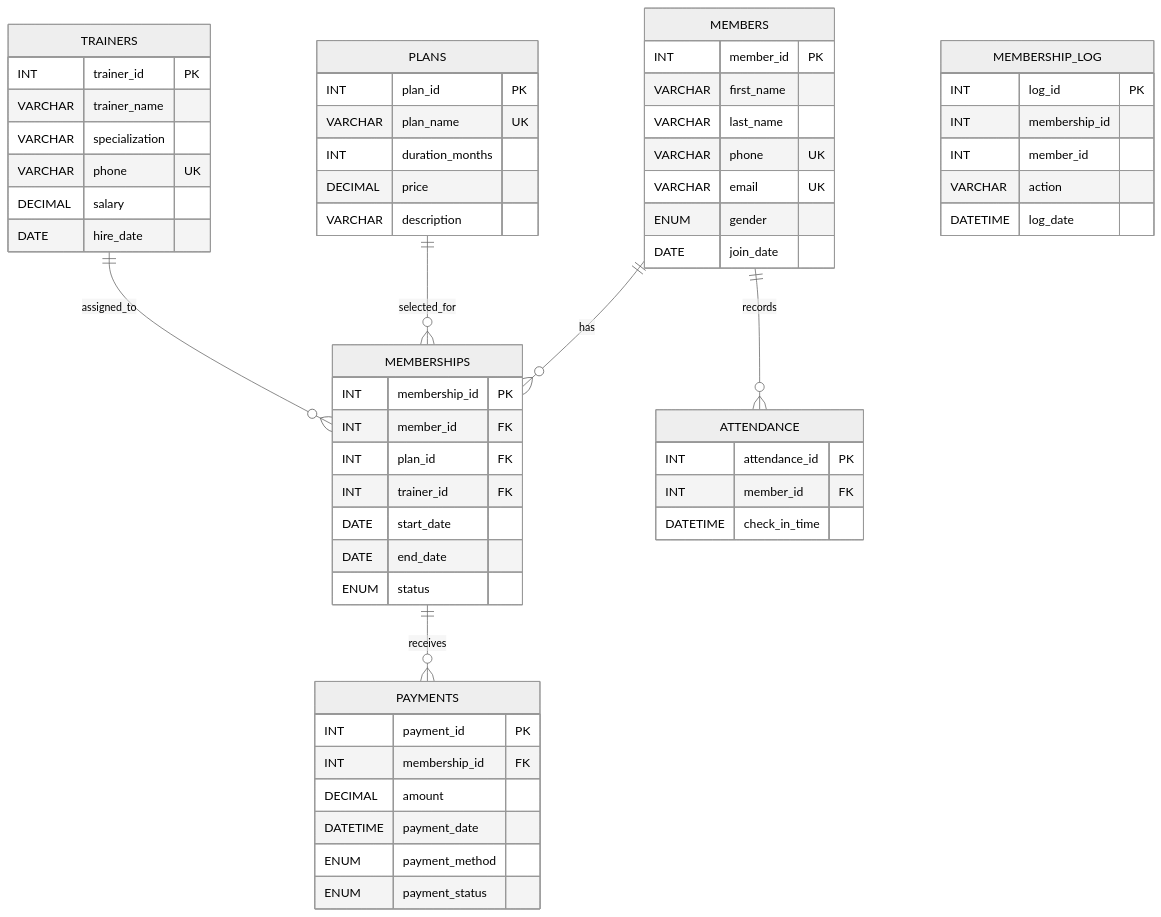
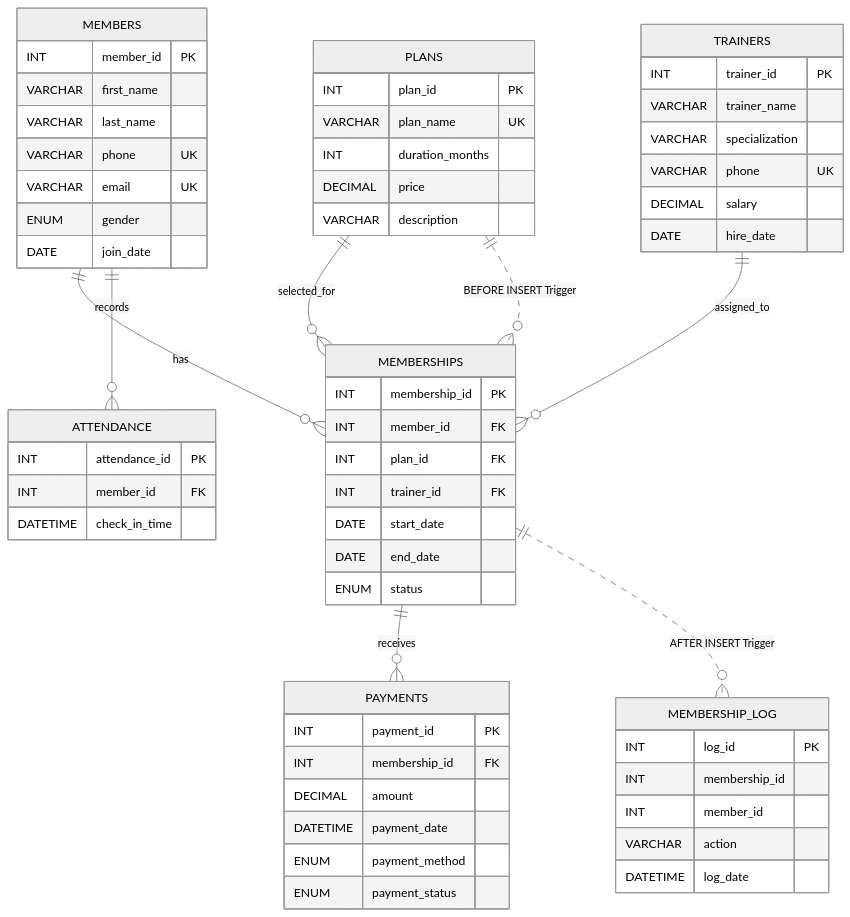
Before and after one commit to Aditya-Kumar-Tiwary/gym-membership-management: the diagram in README.md, drawn with Mermaid (neutral theme). The commit also changed other lines of this file, not shown here.

Commit message:
Update README with trigger connections in ER diagram

````diff
--- a/README.md
+++ b/README.md
@@ -49,68 +47,71 @@
 ```mermaid
 erDiagram
     MEMBERS {
         INT member_id PK
         VARCHAR first_name
         VARCHAR last_name
         VARCHAR phone UK
         VARCHAR email UK
         ENUM gender
         DATE join_date
     }
 
     PLANS {
         INT plan_id PK
         VARCHAR plan_name UK
         INT duration_months
         DECIMAL price
         VARCHAR description
     }
 
     TRAINERS {
         INT trainer_id PK
         VARCHAR trainer_name
         VARCHAR specialization
         VARCHAR phone UK
         DECIMAL salary
         DATE hire_date
     }
 
     MEMBERSHIPS {
         INT membership_id PK
         INT member_id FK
         INT plan_id FK
         INT trainer_id FK
         DATE start_date
         DATE end_date
         ENUM status
     }
 
     PAYMENTS {
         INT payment_id PK
         INT membership_id FK
         DECIMAL amount
         DATETIME payment_date
         ENUM payment_method
         ENUM payment_status
     }
 
     ATTENDANCE {
         INT attendance_id PK
         INT member_id FK
         DATETIME check_in_time
     }
 
     MEMBERSHIP_LOG {
         INT log_id PK
         INT membership_id
         INT member_id
         VARCHAR action
         DATETIME log_date
     }
 
     MEMBERS ||--o{ MEMBERSHIPS : has
     PLANS ||--o{ MEMBERSHIPS : selected_for
     TRAINERS ||--o{ MEMBERSHIPS : assigned_to
     MEMBERSHIPS ||--o{ PAYMENTS : receives
     MEMBERS ||--o{ ATTENDANCE : records
+
+    PLANS ||..o{ MEMBERSHIPS : "BEFORE INSERT Trigger"
+    MEMBERSHIPS ||..o{ MEMBERSHIP_LOG : "AFTER INSERT Trigger"
 ```
````
